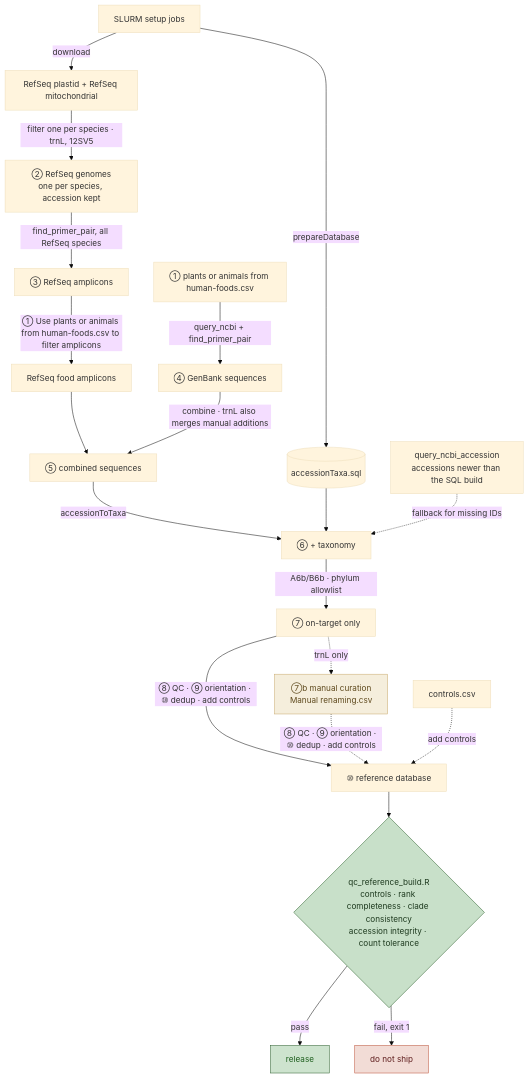
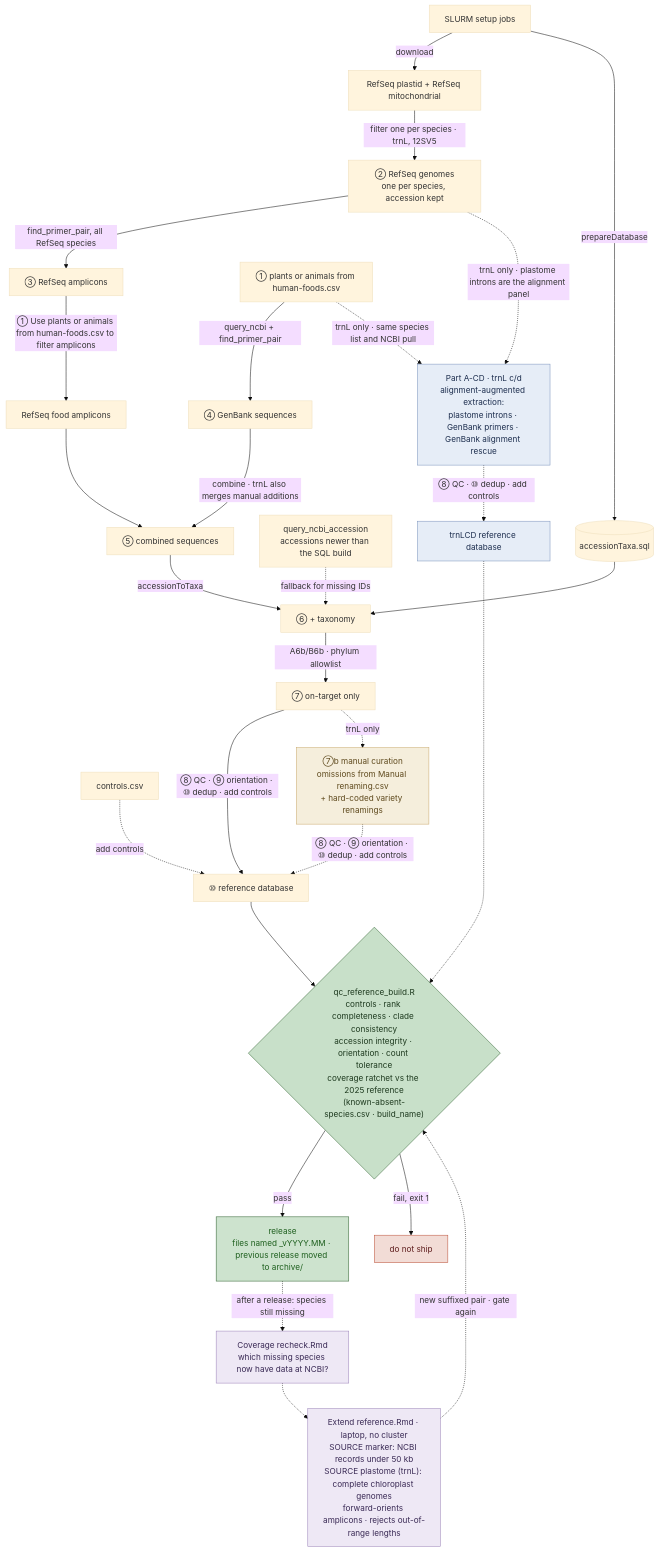
Before and after one commit to LAD-LAB/food-dbs: the diagram in README.md, drawn with Mermaid (base theme). The commit also changed other lines of this file and 2 other files, not shown here.

````diff
--- a/README.md
+++ b/README.md
@@ -108,41 +113,54 @@
 ``` mermaid
 flowchart TD
 
     CTL["controls.csv"]
     SETUP["SLURM setup jobs"]
     REFSEQ_DL["RefSeq plastid + RefSeq mitochondrial"]
     SQL[("accessionTaxa.sql")]
     NCBI_FB["query_ncbi_accession<br/>accessions newer than the SQL build"]
 
     SETUP -->|download| REFSEQ_DL
     SETUP -->|prepareDatabase| SQL
 
     REFSEQ_DL -->|filter one per species · trnL, 12SV5| GENOME_SP["② RefSeq genomes<br/>one per species, accession kept"]
 
     GENOME_SP -->|find_primer_pair, all RefSeq species| REFSEQ["③ RefSeq amplicons"]
     NCBI_SPECIES["① plants or animals from human-foods.csv"] -->|query_ncbi + find_primer_pair| NCBI["④ GenBank sequences"]
 
     REFSEQ -->|"① Use plants or animals from human-foods.csv to filter amplicons"| REFSEQ_FOOD["RefSeq food amplicons"]
 
     REFSEQ_FOOD --> COMB["⑤ combined sequences"]
     NCBI -->|combine · trnL also merges manual additions| COMB
     COMB -->|accessionToTaxa| TAX["⑥ + taxonomy"]
     SQL --> TAX
     NCBI_FB -.->|fallback for missing IDs| TAX
     TAX -->|A6b/B6b · phylum allowlist| CLEAN["⑦ on-target only"]
 
     CLEAN -->|⑧ QC · ⑨ orientation · ⑩ dedup · add controls| OUT["⑩ reference database"]
-    CLEAN -.->|trnL only| CUR["⑦b manual curation<br/>Manual renaming.csv"]
+    CLEAN -.->|trnL only| CUR["⑦b manual curation<br/>omissions from Manual renaming.csv<br/>+ hard-coded variety renamings"]
     CUR -.->|⑧ QC · ⑨ orientation · ⑩ dedup · add controls| OUT
     CTL -.->|add controls| OUT
 
-    QC{"qc_reference_build.R<br/>controls · rank completeness · clade consistency<br/>accession integrity · count tolerance"}
+    QC{"qc_reference_build.R<br/>controls · rank completeness · clade consistency<br/>accession integrity · orientation · count tolerance<br/>coverage ratchet vs the 2025 reference<br/>(known-absent-species.csv · build_name)"}
     OUT --> QC
-    QC -->|pass| SHIP["release"]
+    QC -->|pass| SHIP["release<br/>files named _vYYYY.MM · previous release moved to archive/"]
     QC -->|fail, exit 1| BLOCK["do not ship"]
+
+    NCBI_SPECIES -.->|trnL only · same species list and NCBI pull| CD["Part A-CD · trnL c/d<br/>alignment-augmented extraction:<br/>plastome introns · GenBank primers · GenBank alignment rescue"]
+    GENOME_SP -.->|trnL only · plastome introns are the alignment panel| CD
+    CD -.->|⑧ QC · ⑩ dedup · add controls| OUTCD["trnLCD reference database"]
+    OUTCD -.-> QC
+
+    SHIP -.->|after a release: species still missing| RECHECK["Coverage recheck.Rmd<br/>which missing species now have data at NCBI?"]
+    RECHECK -.-> EXT["Extend reference.Rmd · laptop, no cluster<br/>SOURCE marker: NCBI records under 50 kb<br/>SOURCE plastome (trnL): complete chloroplast genomes<br/>forward-orients amplicons · rejects out-of-range lengths"]
+    EXT -.->|new suffixed pair · gate again| QC
 
     style CUR fill:#F5EEDC,stroke:#C9A96E,color:#5F4A1E
     style QC fill:#C8E0C9,stroke:#2C5F2D,color:#1E3A1F
     style BLOCK fill:#F2DCD6,stroke:#BC5138,color:#5F1E1E
     style SHIP fill:#CDE3CE,stroke:#2C5F2D,color:#1E5F1E
+    style CD fill:#E6EDF7,stroke:#7A93BC,color:#1E2F4F
+    style OUTCD fill:#E6EDF7,stroke:#7A93BC,color:#1E2F4F
+    style RECHECK fill:#EEE8F5,stroke:#9A82B8,color:#3A2A55
+    style EXT fill:#EEE8F5,stroke:#9A82B8,color:#3A2A55
 ```
````
